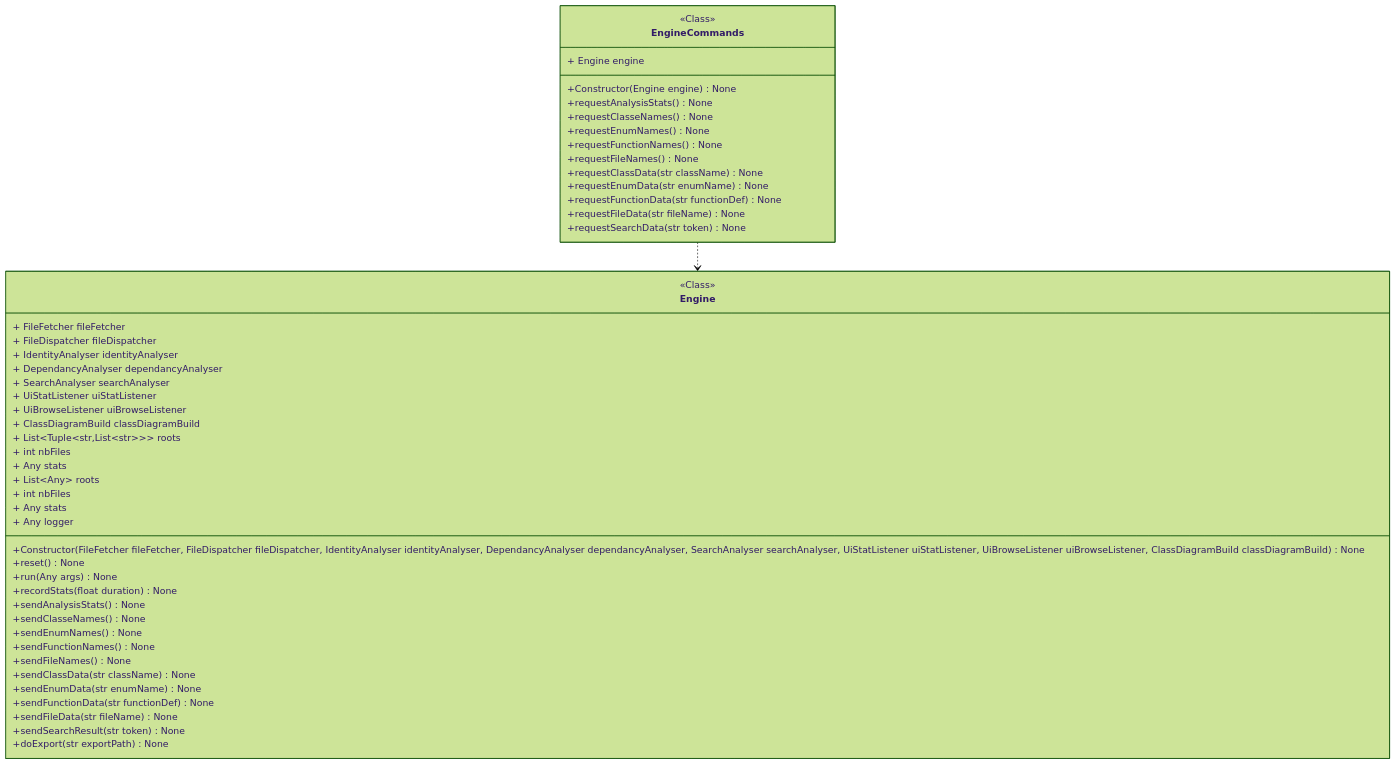
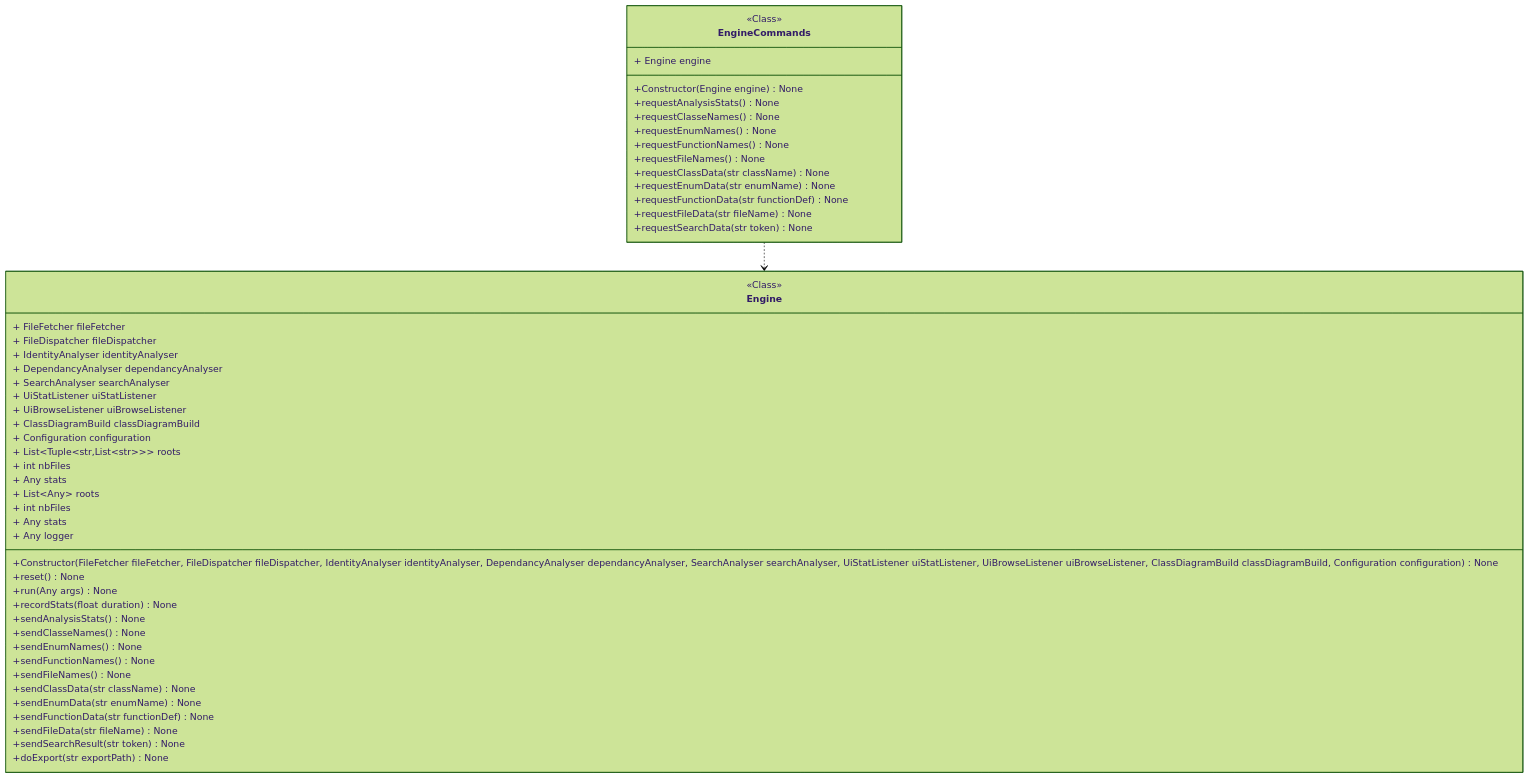
Before and after one commit to miong/pycodeanalyzer: the diagram in docs/source/code/diagrams/pycodeanalyzer_ui_engineinterface_EngineCommands.mmd, drawn with Mermaid (forest theme). The commit also changed 18 other files, not shown here.

```diff
--- a/docs/source/code/diagrams/pycodeanalyzer_ui_engineinterface_EngineCommands.mmd
+++ b/docs/source/code/diagrams/pycodeanalyzer_ui_engineinterface_EngineCommands.mmd
@@ -1,51 +1,52 @@
 classDiagram
 class EngineCommands {
 <<Class>>
 + Engine engine
 +Constructor(Engine engine) None
 +requestAnalysisStats() None
 +requestClasseNames() None
 +requestEnumNames() None
 +requestFunctionNames() None
 +requestFileNames() None
 +requestClassData(str className) None
 +requestEnumData(str enumName) None
 +requestFunctionData(str functionDef) None
 +requestFileData(str fileName) None
 +requestSearchData(str token) None
 }
 class Engine {
 <<Class>>
 + FileFetcher fileFetcher
 + FileDispatcher fileDispatcher
 + IdentityAnalyser identityAnalyser
 + DependancyAnalyser dependancyAnalyser
 + SearchAnalyser searchAnalyser
 + UiStatListener uiStatListener
 + UiBrowseListener uiBrowseListener
 + ClassDiagramBuild classDiagramBuild
++ Configuration configuration
 + List&lt;Tuple&lt;str,List&lt;str&gt;&gt;&gt; roots
 + int nbFiles
 + Any stats
 + List~Any~ roots
 + int nbFiles
 + Any stats
 + Any logger
-+Constructor(FileFetcher fileFetcher, FileDispatcher fileDispatcher, IdentityAnalyser identityAnalyser, DependancyAnalyser dependancyAnalyser, SearchAnalyser searchAnalyser, UiStatListener uiStatListener, UiBrowseListener uiBrowseListener, ClassDiagramBuild classDiagramBuild) None
++Constructor(FileFetcher fileFetcher, FileDispatcher fileDispatcher, IdentityAnalyser identityAnalyser, DependancyAnalyser dependancyAnalyser, SearchAnalyser searchAnalyser, UiStatListener uiStatListener, UiBrowseListener uiBrowseListener, ClassDiagramBuild classDiagramBuild, Configuration configuration) None
 +reset() None
 +run(Any args) None
 +recordStats(float duration) None
 +sendAnalysisStats() None
 +sendClasseNames() None
 +sendEnumNames() None
 +sendFunctionNames() None
 +sendFileNames() None
 +sendClassData(str className) None
 +sendEnumData(str enumName) None
 +sendFunctionData(str functionDef) None
 +sendFileData(str fileName) None
 +sendSearchResult(str token) None
 +doExport(str exportPath) None
 }
 link Engine "class££pycodeanalyzer::core::engine::engine::Engine"
 EngineCommands ..> Engine
```
